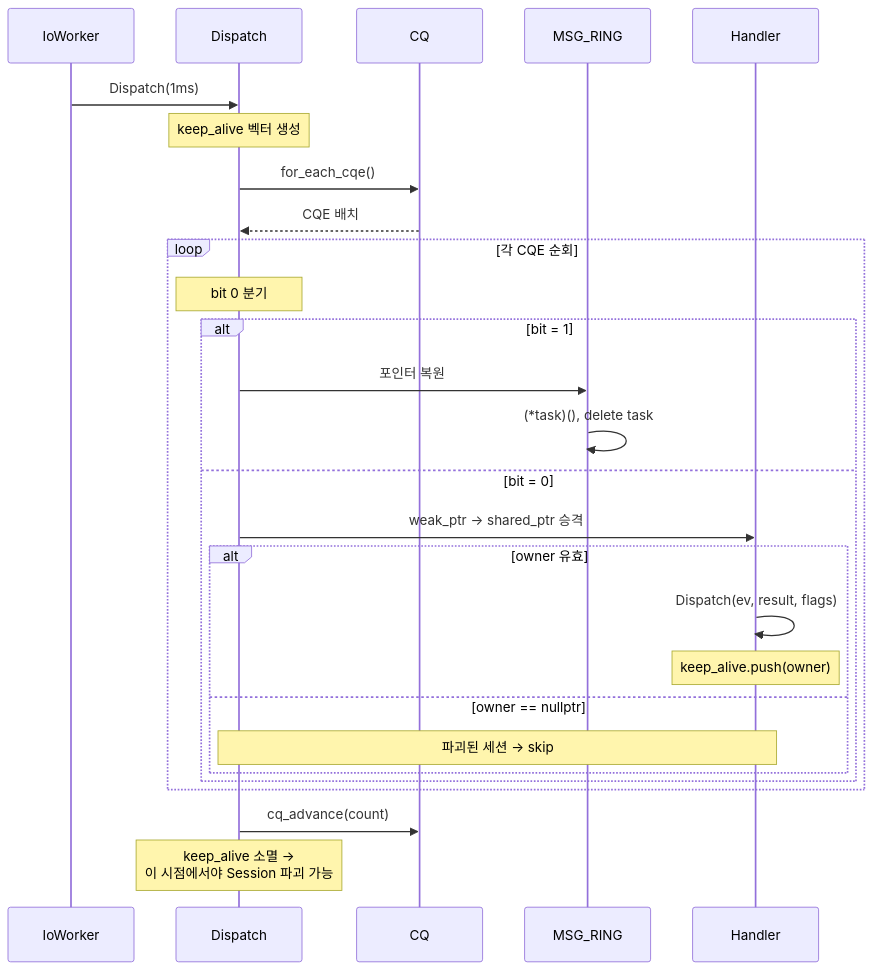
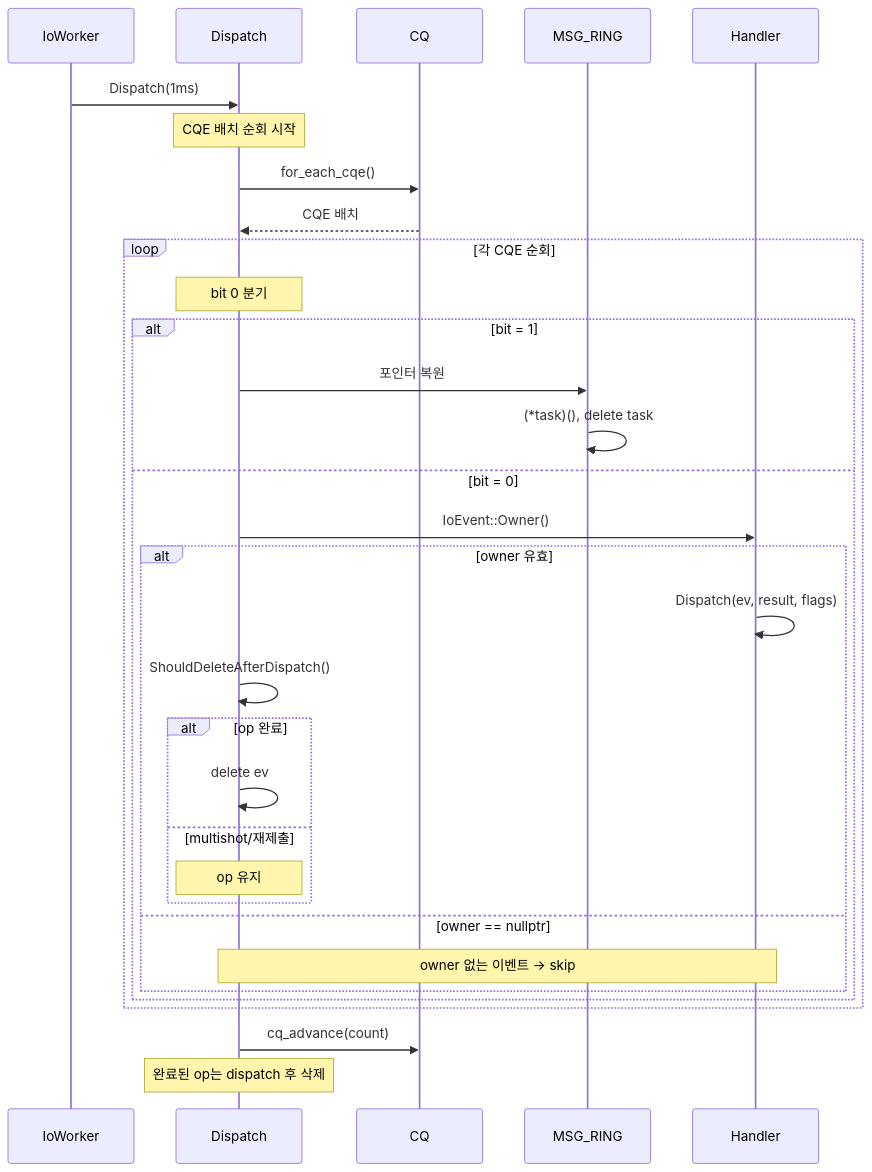
Before and after one commit to mint-cocoa/portfolio: the third of 9 diagrams in docs/server/ServerCorePortfolio.qmd, drawn with Mermaid. The commit also changed other lines of this file and 56 other files, not shown here.

````diff
--- a/docs/server/ServerCorePortfolio.qmd
+++ b/docs/server/ServerCorePortfolio.qmd
@@ -208,34 +211,39 @@
 ```{mermaid}
 %%| label: fig-dispatch
 %%| fig-cap: "Dispatch() 전체 흐름"
 sequenceDiagram
     participant IW as IoWorker
     participant D as Dispatch
     participant CQ as CQ
     participant MR as MSG_RING
     participant H as Handler
 
     IW->>D: Dispatch(1ms)
-    Note over D: keep_alive 벡터 생성
+    Note over D: CQE 배치 순회 시작
     D->>CQ: for_each_cqe()
     CQ-->>D: CQE 배치
 
     loop 각 CQE 순회
         Note over D: bit 0 분기
         alt bit = 1
             D->>MR: 포인터 복원
             MR->>MR: (*task)(), delete task
         else bit = 0
-            D->>H: weak_ptr → shared_ptr 승격
+            D->>H: IoEvent::Owner()
             alt owner 유효
                 H->>H: Dispatch(ev, result, flags)
-                Note over H: keep_alive.push(owner)
+                D->>D: ShouldDeleteAfterDispatch()
+                alt op 완료
+                    D->>D: delete ev
+                else multishot/재제출
+                    Note over D: op 유지
+                end
             else owner == nullptr
-                Note over D,H: 파괴된 세션 → skip
+                Note over D,H: owner 없는 이벤트 → skip
             end
         end
     end
 
     D->>CQ: cq_advance(count)
-    Note over D: keep_alive 소멸 →<br/>이 시점에서야 Session 파괴 가능
+    Note over D: 완료된 op는 dispatch 후 삭제
 ```
````
